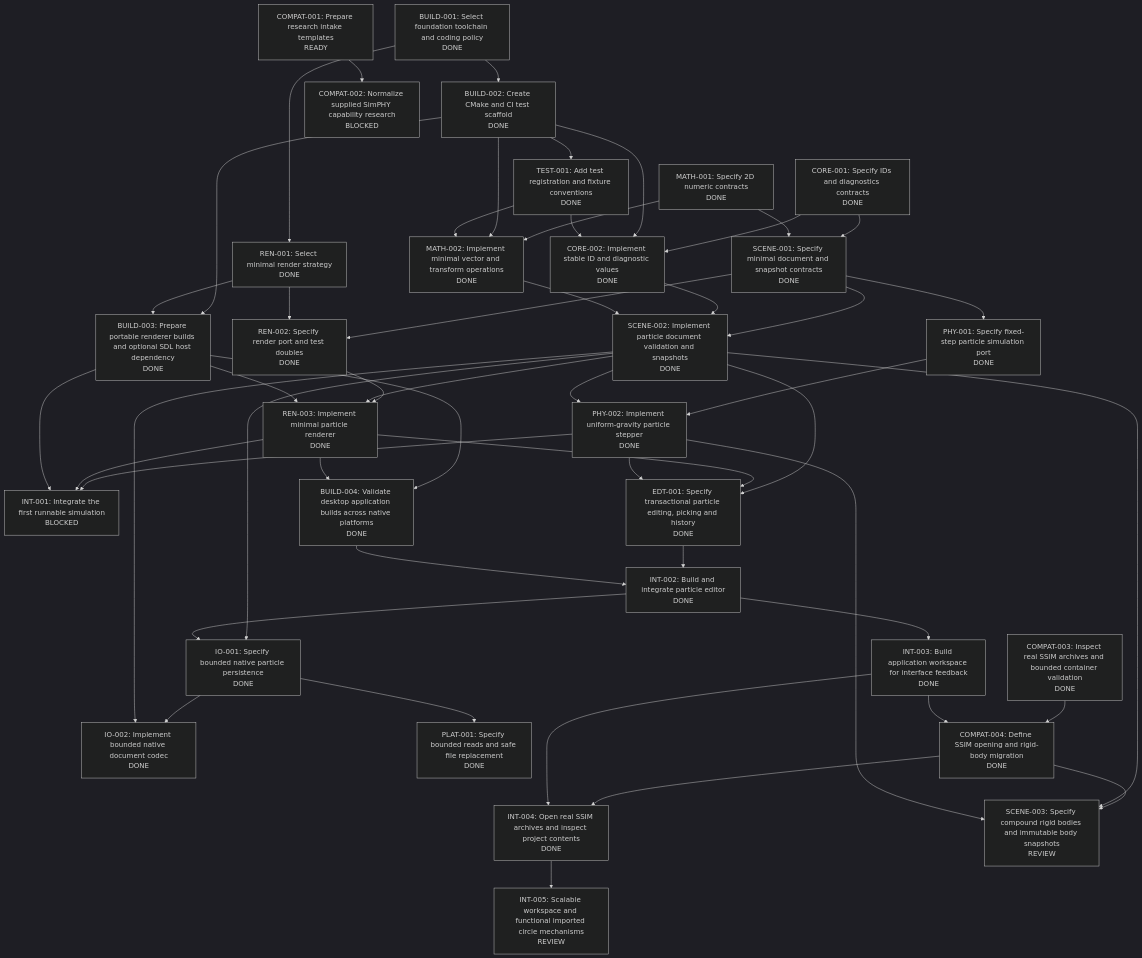
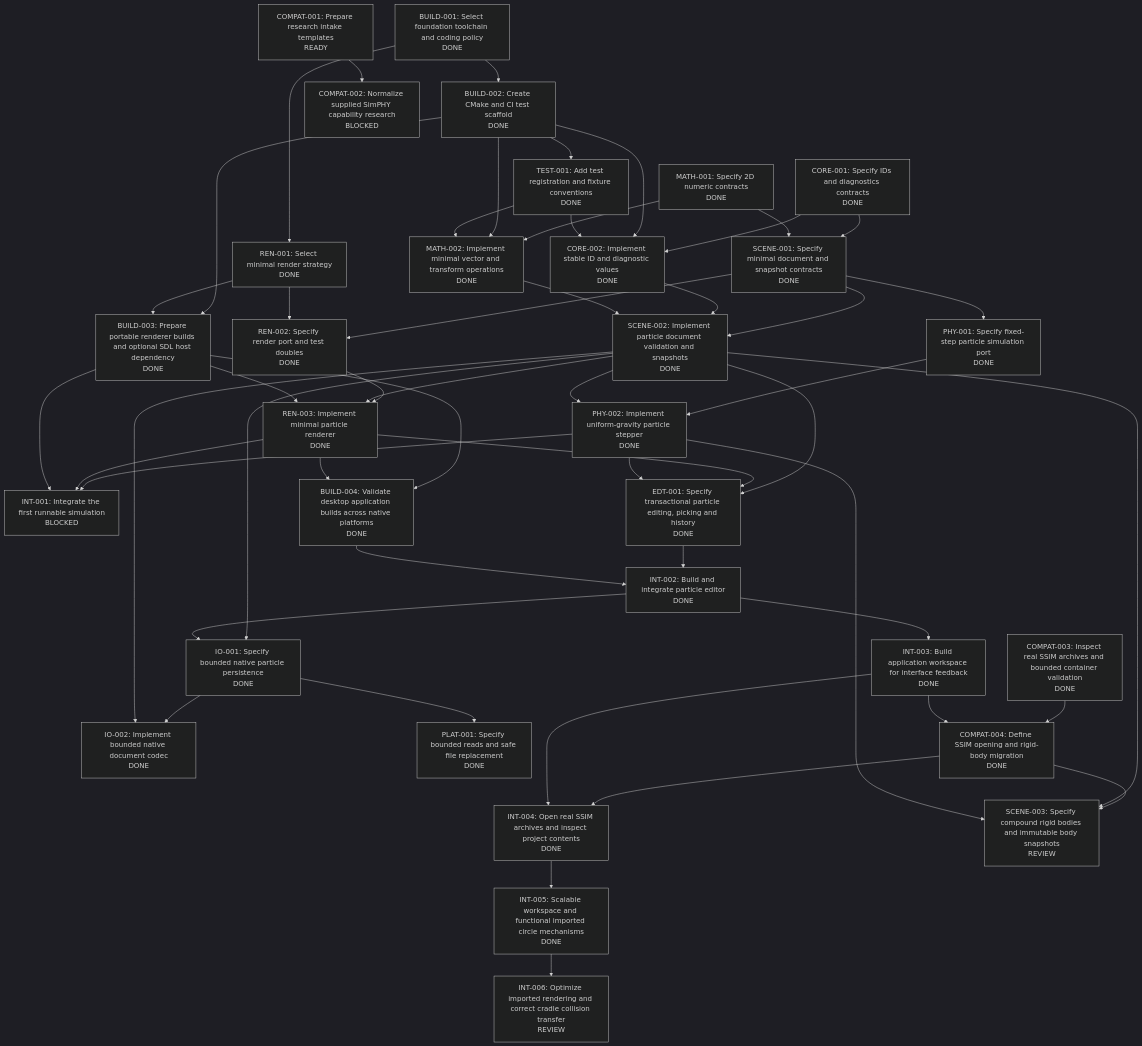
Before and after one commit to JnJarvis/open-simphy: the diagram in tasks/graph.md, drawn with Mermaid (dark theme). The commit also changed other lines of this file and 3 other files, not shown here.

Commit message:
Submit measured performance and cradle collision correction evidence

````diff
--- a/tasks/graph.md
+++ b/tasks/graph.md
@@ -36,8 +36,9 @@
   INT_003["INT-003: Build application workspace for interface feedback<br/>DONE"]
   COMPAT_004["COMPAT-004: Define SSIM opening and rigid-body migration<br/>DONE"]
   INT_004["INT-004: Open real SSIM archives and inspect project contents<br/>DONE"]
-  INT_005["INT-005: Scalable workspace and functional imported circle mechanisms<br/>REVIEW"]
+  INT_005["INT-005: Scalable workspace and functional imported circle mechanisms<br/>DONE"]
   SCENE_003["SCENE-003: Specify compound rigid bodies and immutable body snapshots<br/>REVIEW"]
+  INT_006["INT-006: Optimize imported rendering and correct cradle collision transfer<br/>REVIEW"]
   BUILD_001 --> REN_001
   BUILD_001 --> BUILD_002
   BUILD_002 --> TEST_001
@@ -87,4 +88,5 @@
   COMPAT_004 --> SCENE_003
   SCENE_002 --> SCENE_003
   PHY_002 --> SCENE_003
+  INT_005 --> INT_006
 ```
````
